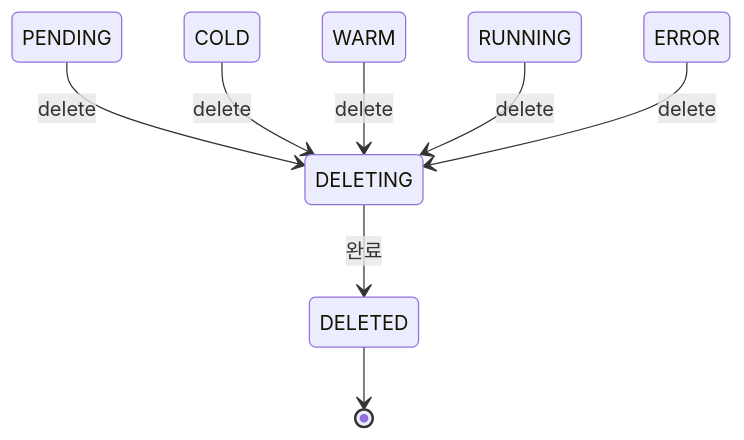
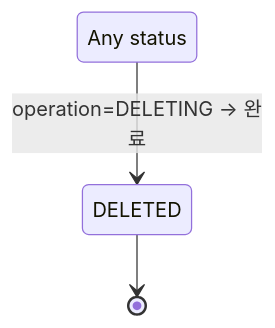
Before and after one commit to cagojeiger/code-hub: the third of 6 diagrams in docs/spec_v2/states.md, drawn with Mermaid. The commit also changed other lines of this file and 4 other files, not shown here.

First line of the commit message:
docs(adr): add ADR-009 for status + operation separation

````diff
--- a/docs/spec_v2/states.md
+++ b/docs/spec_v2/states.md
@@ -91,13 +140,9 @@
 ```mermaid
 stateDiagram-v2
     direction TB
 
-    PENDING --> DELETING: delete
-    COLD --> DELETING: delete
-    WARM --> DELETING: delete
-    RUNNING --> DELETING: delete
-    ERROR --> DELETING: delete
+    state "Any status" as any
 
-    DELETING --> DELETED: 완료
+    any --> DELETED: operation=DELETING → 완료
     DELETED --> [*]
 ```
````
